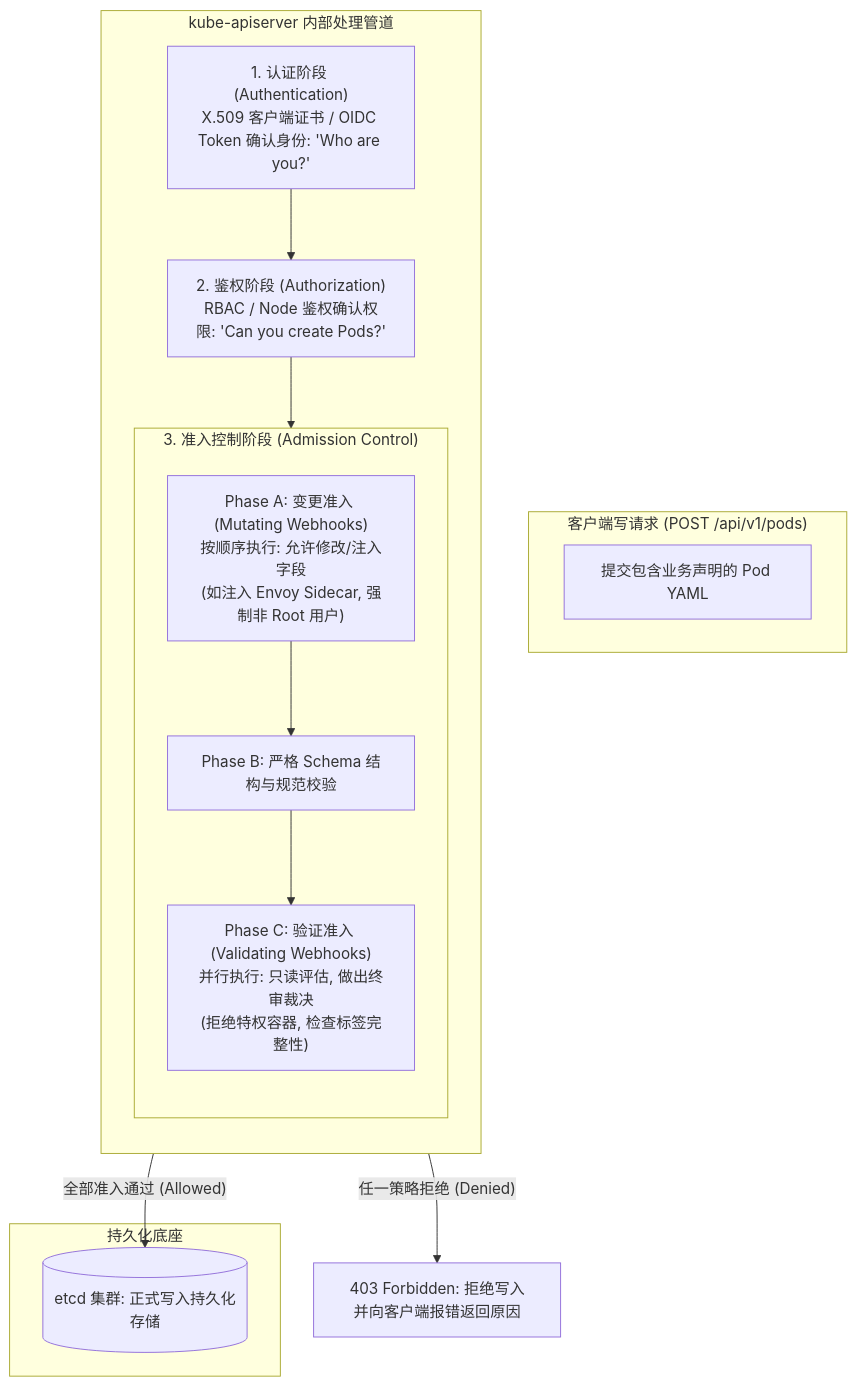
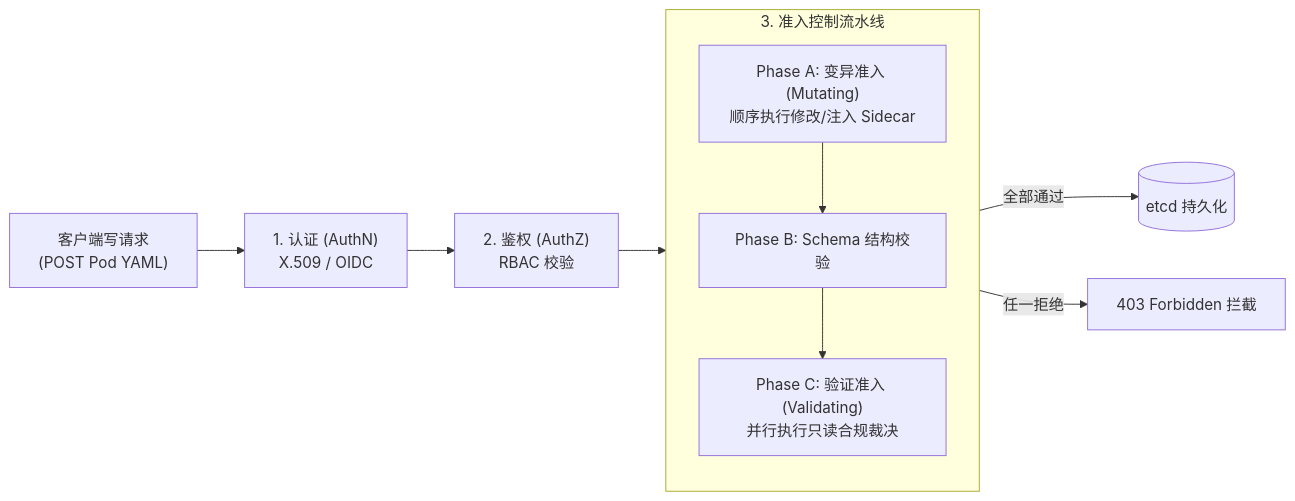
Before and after one commit to MoreConsequence/MoreConsequence.github.io: the first of 5 diagrams in content/posts/kubernetes-internals/k8s-14-admission-webhook-opa-gatekeeper-kyverno.md, drawn with Mermaid. The commit also changed other lines of this file and 835 other files, not shown here.

First line of the commit message:
feat(blog): 全站33篇新增深度专栏与博文全量审核上线及矢量图表优化

````diff
--- a/content/posts/kubernetes-internals/k8s-14-admission-webhook-opa-gatekeeper-kyverno.md
+++ b/content/posts/kubernetes-internals/k8s-14-admission-webhook-opa-gatekeeper-kyverno.md
@@ -55,30 +55,17 @@
 ```mermaid
-flowchart TD
-    subgraph ClientReq["客户端写请求 (POST /api/v1/pods)"]
-        Req["提交包含业务声明的 Pod YAML"]
+flowchart LR
+    Req["客户端写请求<br/>(POST Pod YAML)"] --> AuthN["1. 认证 (AuthN)<br/>X.509 / OIDC"]
+    AuthN --> AuthZ["2. 鉴权 (AuthZ)<br/>RBAC 校验"]
+
+    subgraph AdmissionPhase["3. 准入控制流水线"]
+        direction TB
+        Mutating["Phase A: 变异准入 (Mutating)<br/>顺序执行修改/注入 Sidecar"]
+        Schema["Phase B: Schema 结构校验"]
+        Validating["Phase C: 验证准入 (Validating)<br/>并行执行只读合规裁决"]
+        Mutating --> Schema --> Validating
     end
 
-    subgraph APIServerPipeline["kube-apiserver 内部处理管道"]
-        direction TB
-        AuthN["1. 认证阶段 (Authentication)<br/>X.509 客户端证书 / OIDC Token 确认身份: 'Who are you?'"]
-        AuthZ["2. 鉴权阶段 (Authorization)<br/>RBAC / Node 鉴权确认权限: 'Can you create Pods?'"]
-        
-        subgraph AdmissionPhase["3. 准入控制阶段 (Admission Control)"]
-            direction TB
-            Mutating["Phase A: 变更准入 (Mutating Webhooks)<br/>按顺序执行: 允许修改/注入字段<br/>(如注入 Envoy Sidecar, 强制非 Root 用户)"]
-            SchemaValidation["Phase B: 严格 Schema 结构与规范校验"]
-            Validating["Phase C: 验证准入 (Validating Webhooks)<br/>并行执行: 只读评估, 做出终审裁决<br/>(拒绝特权容器, 检查标签完整性)"]
-            
-            Mutating --> SchemaValidation --> Validating
-        end
-
-        AuthN --> AuthZ --> Mutating
-    end
-
-    subgraph Storage["持久化底座"]
-        ETCD[("etcd 集群: 正式写入持久化存储")]
-    end
-
-    Validating -- "全部准入通过 (Allowed)" --> ETCD
-    Validating -- "任一策略拒绝 (Denied)" --> Reject["403 Forbidden: 拒绝写入并向客户端报错返回原因"]
+    AuthZ --> Mutating
+    Validating -- "全部通过" --> ETCD[("etcd 持久化")]
+    Validating -- "任一拒绝" --> Reject["403 Forbidden 拦截"]
 ```
````
